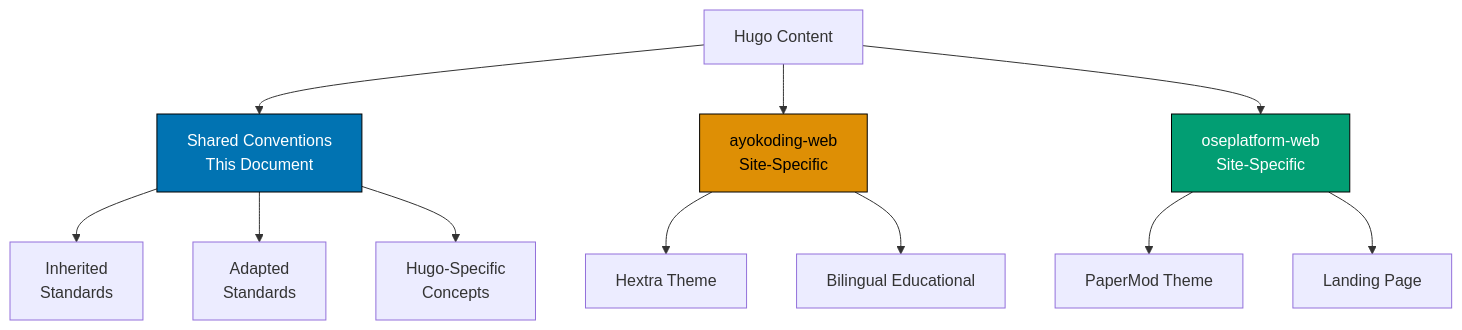
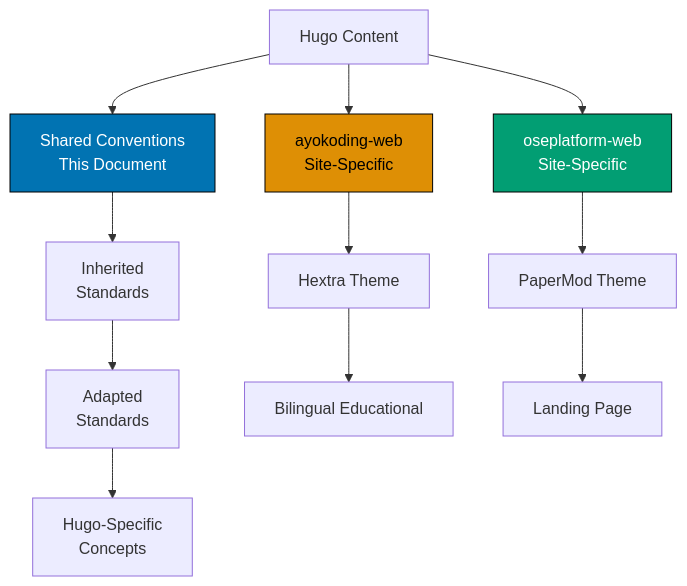
The diagram in governance/conventions/hugo/shared.md (wahidyankf/open-sharia-enterprise), drawn with Mermaid before and after one commit. The commit also changed 15 other files, not shown here.

First line of the commit message:
fix(governance): fix pre-existing mermaid diagram violations in governance docs

````diff
--- a/governance/conventions/hugo/shared.md
+++ b/governance/conventions/hugo/shared.md
@@ -71,22 +71,22 @@
 ```mermaid
 %% Color Palette: Blue #0173B2, Orange #DE8F05, Teal #029E73, Purple #CC78BC, Brown #CA9161
 %% All colors are color-blind friendly and meet WCAG AA contrast standards
 graph TD
     A[Hugo Content] --> B[Shared Conventions<br/>This Document]
     A --> C[ayokoding-web<br/>Site-Specific]
     A --> D[oseplatform-web<br/>Site-Specific]
 
     B --> B1[Inherited<br/>Standards]
-    B --> B2[Adapted<br/>Standards]
-    B --> B3[Hugo-Specific<br/>Concepts]
+    B1 --> B2[Adapted<br/>Standards]
+    B2 --> B3[Hugo-Specific<br/>Concepts]
 
     C --> C1[Hextra Theme]
-    C --> C2[Bilingual Educational]
+    C1 --> C2[Bilingual Educational]
 
     D --> D1[PaperMod Theme]
-    D --> D2[Landing Page]
+    D1 --> D2[Landing Page]
 
     style B fill:#0173B2,stroke:#000,color:#fff
     style C fill:#DE8F05,stroke:#000,color:#000
     style D fill:#029E73,stroke:#000,color:#fff
 ```
````
